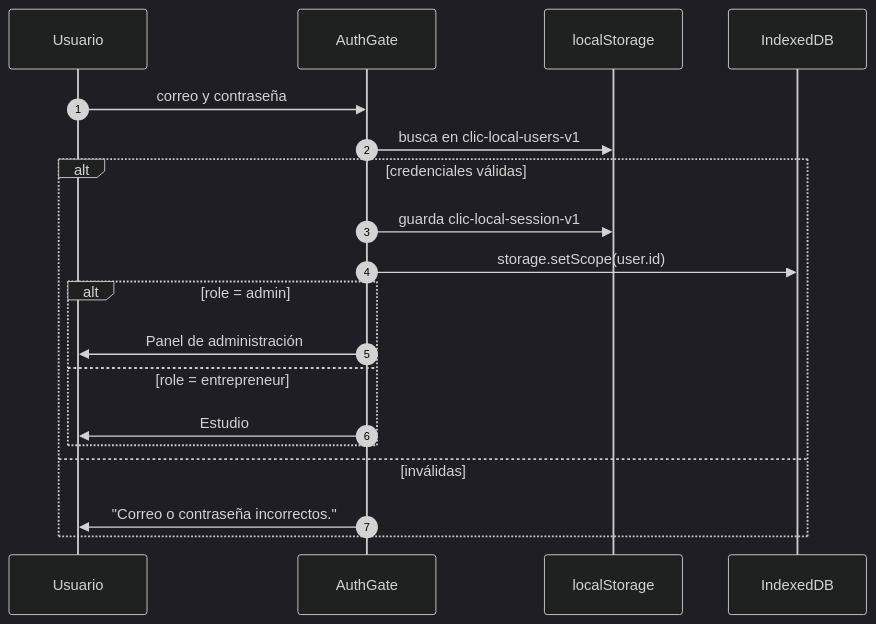
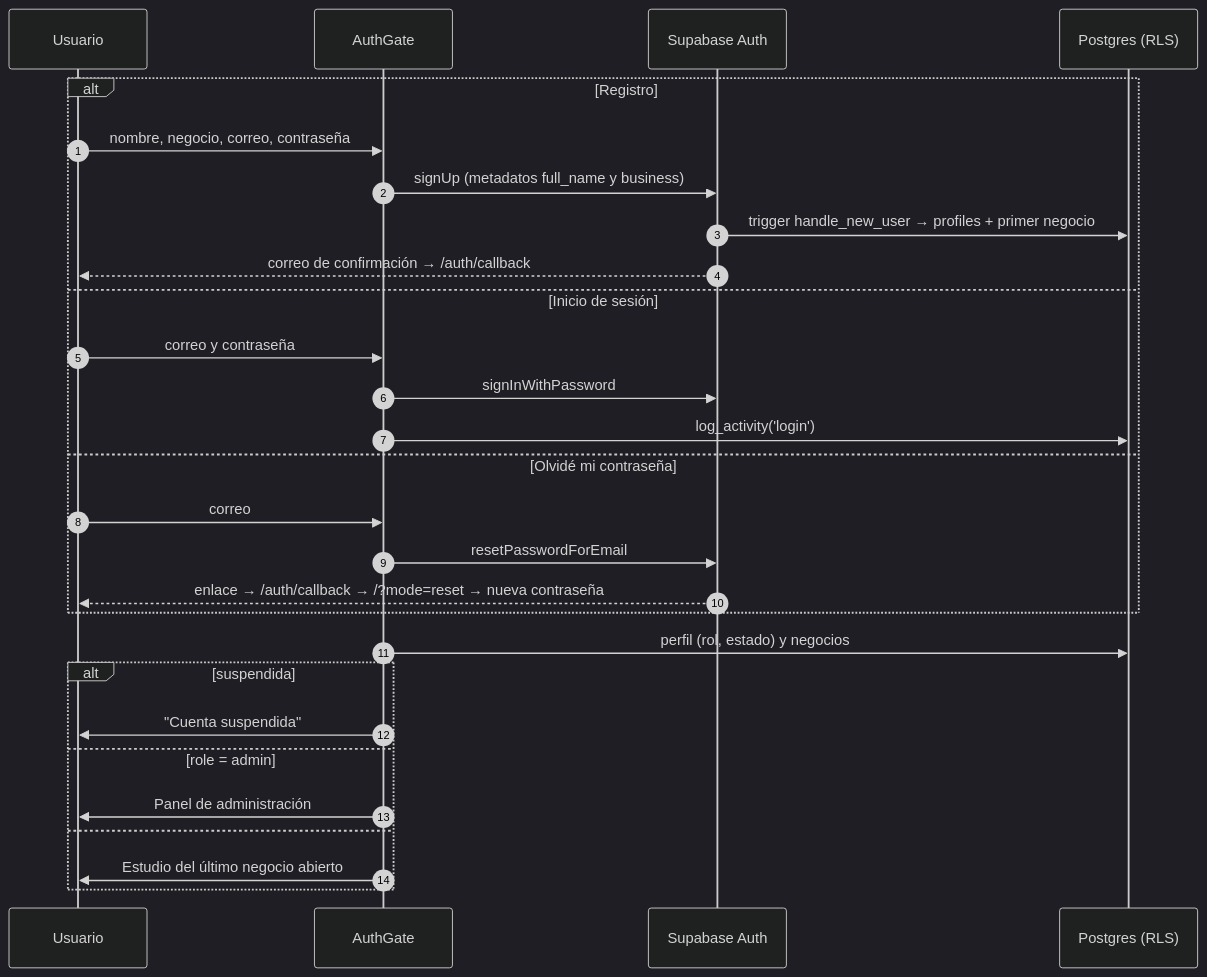
One commit to JeffersonVargasH/proj-automatizacion changed the fifth of 14 diagrams in README.md. Above: the diagram before and after it, drawn with Mermaid (dark theme). The commit also changed other lines of this file and 177 other files, not shown here.

First line of the commit message:
Conecta Supabase y rediseña Clic con la nueva marca

````diff
--- a/README.md
+++ b/README.md
@@ -335,22 +363,31 @@
 ```mermaid
 sequenceDiagram
   autonumber
   participant U as Usuario
   participant AG as AuthGate
-  participant LS as localStorage
-  participant IDB as IndexedDB
+  participant SA as Supabase Auth
+  participant DB as Postgres (RLS)
 
-  U->>AG: correo y contraseña
-  AG->>LS: busca en clic-local-users-v1
-  alt credenciales válidas
-    AG->>LS: guarda clic-local-session-v1
-    AG->>IDB: storage.setScope(user.id)
-    alt role = admin
-      AG->>U: Panel de administración
-    else role = entrepreneur
-      AG->>U: Estudio
-    end
-  else inválidas
-    AG->>U: "Correo o contraseña incorrectos."
+  alt Registro
+    U->>AG: nombre, negocio, correo, contraseña
+    AG->>SA: signUp (metadatos full_name y business)
+    SA->>DB: trigger handle_new_user → profiles + primer negocio
+    SA-->>U: correo de confirmación → /auth/callback
+  else Inicio de sesión
+    U->>AG: correo y contraseña
+    AG->>SA: signInWithPassword
+    AG->>DB: log_activity('login')
+  else Olvidé mi contraseña
+    U->>AG: correo
+    AG->>SA: resetPasswordForEmail
+    SA-->>U: enlace → /auth/callback → /?mode=reset → nueva contraseña
+  end
+  AG->>DB: perfil (rol, estado) y negocios
+  alt suspendida
+    AG->>U: "Cuenta suspendida"
+  else role = admin
+    AG->>U: Panel de administración
+  else
+    AG->>U: Estudio del último negocio abierto
   end
 ```
````
